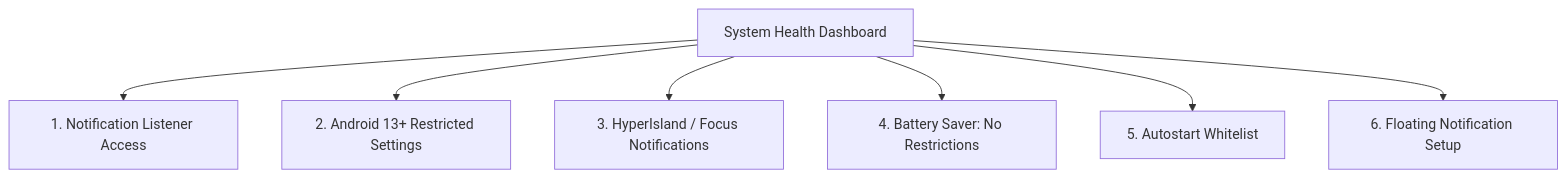
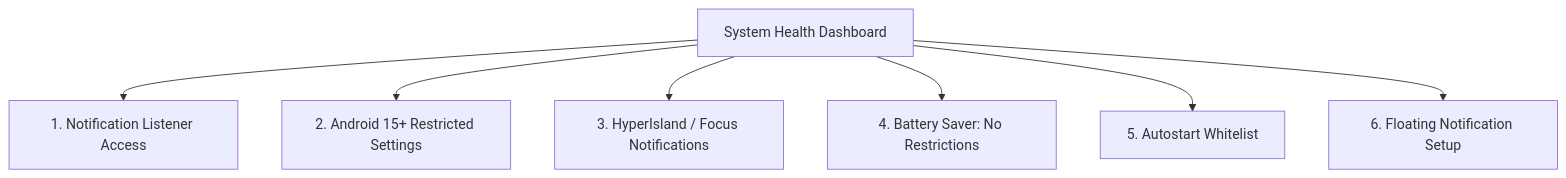
Before and after one commit to D4vidDf/HyperBridge-Site: the first of 2 diagrams in content/docs/permissions/system-setup.md, drawn with Mermaid. The commit also changed other lines of this file and 8 other files, not shown here.

````diff
--- a/content/docs/permissions/system-setup.md
+++ b/content/docs/permissions/system-setup.md
@@ -19,9 +19,9 @@
 ```mermaid
 flowchart TD
     H["System Health Dashboard"] --> P1["1. Notification Listener Access"]
-    H --> P2["2. Android 13+ Restricted Settings"]
+    H --> P2["2. Android 15+ Restricted Settings"]
     H --> P3["3. HyperIsland / Focus Notifications"]
     H --> P4["4. Battery Saver: No Restrictions"]
     H --> P5["5. Autostart Whitelist"]
     H --> P6["6. Floating Notification Setup"]
 ```
````
